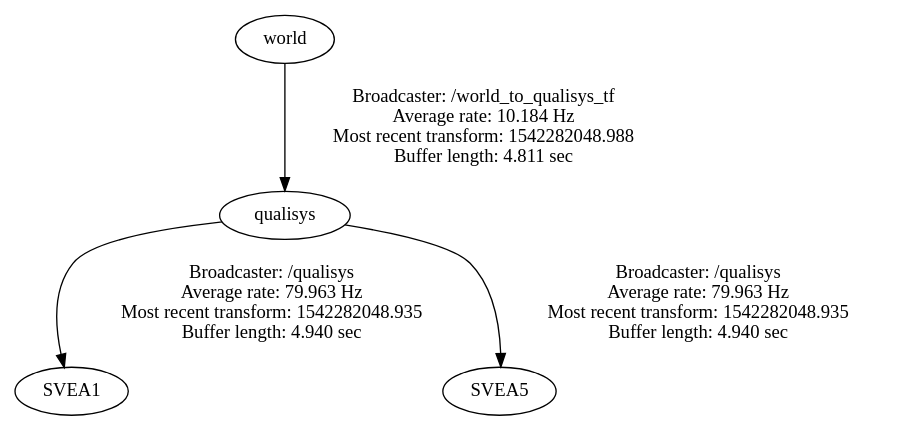
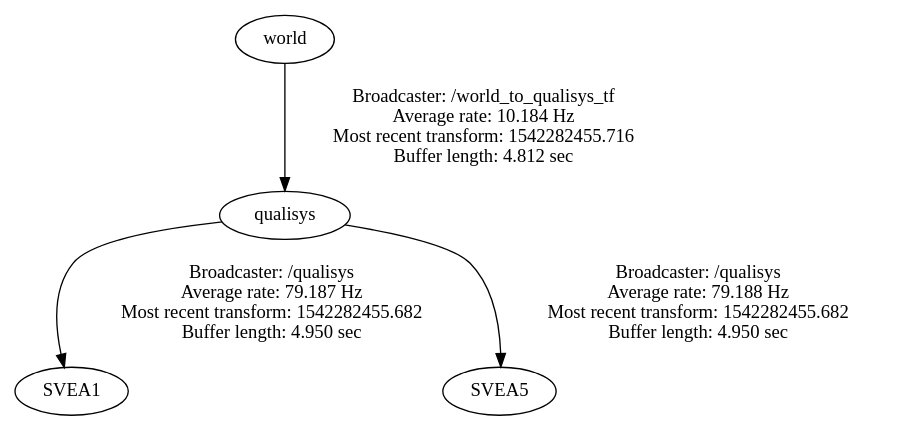
Before and after one commit to JiongruiHu/El2425_Automatic_Control_Group1: the diagram in frames.gv, drawn with Graphviz. The commit also changed 2 other files, not shown here.

```diff
--- a/frames.gv
+++ b/frames.gv
@@ -1,5 +1,5 @@
 digraph G {
-"qualisys" -> "SVEA1"[label="Broadcaster: /qualisys\nAverage rate: 79.963 Hz\nMost recent transform: 1542282048.935 \nBuffer length: 4.940 sec\n"];
-"world" -> "qualisys"[label="Broadcaster: /world_to_qualisys_tf\nAverage rate: 10.184 Hz\nMost recent transform: 1542282048.988 \nBuffer length: 4.811 sec\n"];
-"qualisys" -> "SVEA5"[label="Broadcaster: /qualisys\nAverage rate: 79.963 Hz\nMost recent transform: 1542282048.935 \nBuffer length: 4.940 sec\n"];
+"qualisys" -> "SVEA1"[label="Broadcaster: /qualisys\nAverage rate: 79.187 Hz\nMost recent transform: 1542282455.682 \nBuffer length: 4.950 sec\n"];
+"world" -> "qualisys"[label="Broadcaster: /world_to_qualisys_tf\nAverage rate: 10.184 Hz\nMost recent transform: 1542282455.716 \nBuffer length: 4.812 sec\n"];
+"qualisys" -> "SVEA5"[label="Broadcaster: /qualisys\nAverage rate: 79.188 Hz\nMost recent transform: 1542282455.682 \nBuffer length: 4.950 sec\n"];
 }
```
